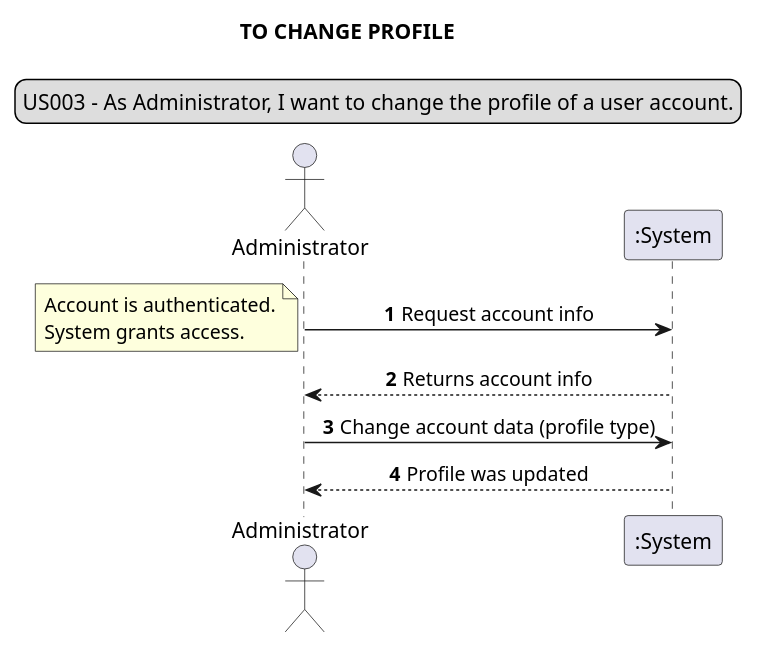
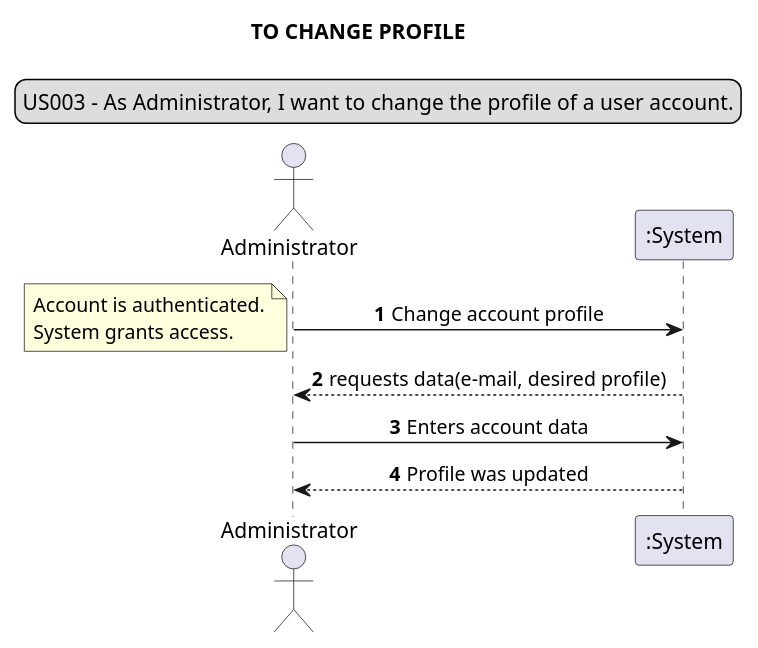
Before and after one commit to Loracline/project_switch_22-23: the third of 27 diagrams in docs/data_model/System_Sequence_Diagram.puml, drawn with PlantUML. The commit also changed 1 other file, not shown here.

Commit message:
US003 : Design : Simplification of Sequence Diagram and Use Case Text (Use Case: to change profile).

```diff
--- a/docs/data_model/System_Sequence_Diagram.puml
+++ b/docs/data_model/System_Sequence_Diagram.puml
@@ -37,17 +37,17 @@
 @startuml
 legend top
 US003 - As Administrator, I want to change the profile of a user account.
 end legend
 skinparam sequenceMessageAlign center
 title TO CHANGE PROFILE
 actor Administrator
 autonumber
-Administrator -> ":System": Request account info
+Administrator -> ":System": Change account profile
 note left
 Account is authenticated.
 System grants access.
 end note
-":System" --> Administrator: Returns account info
-Administrator -> ":System": Change account data (profile type)
+":System" --> Administrator: requests data(e-mail, desired profile)
+Administrator -> ":System": Enters account data
 ":System" --> Administrator: Profile was updated
 @enduml
```
